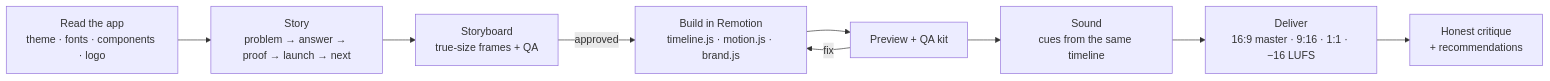
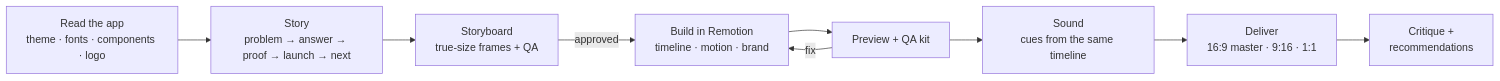
Before and after one commit to renthelautomations/app-launch-video: the diagram in README.md, drawn with Mermaid. The commit also changed other lines of this file and 5 other files, not shown here.

````diff
--- a/README.md
+++ b/README.md
@@ -106,11 +117,11 @@
 ```mermaid
 flowchart LR
-  A[Read the app<br/>theme · fonts · components · logo] --> B[Story<br/>problem → answer → proof → launch → next]
-  B --> C[Storyboard<br/>true-size frames + QA]
-  C -->|approved| D[Build in Remotion<br/>timeline.js · motion.js · brand.js]
-  D --> E[Preview + QA kit]
+  A["Read the app<br/>theme · fonts · components · logo"] --> B["Story<br/>problem → answer → proof → launch → next"]
+  B --> C["Storyboard<br/>true-size frames + QA"]
+  C -->|approved| D["Build in Remotion<br/>timeline · motion · brand"]
+  D --> E["Preview + QA kit"]
   E -->|fix| D
-  E --> F[Sound<br/>cues from the same timeline]
-  F --> G[Deliver<br/>16:9 master · 9:16 · 1:1 · −16 LUFS]
-  G --> H[Honest critique<br/>+ recommendations]
+  E --> F["Sound<br/>cues from the same timeline"]
+  F --> G["Deliver<br/>16:9 master · 9:16 · 1:1"]
+  G --> H["Critique +<br/>recommendations"]
 ```
````
